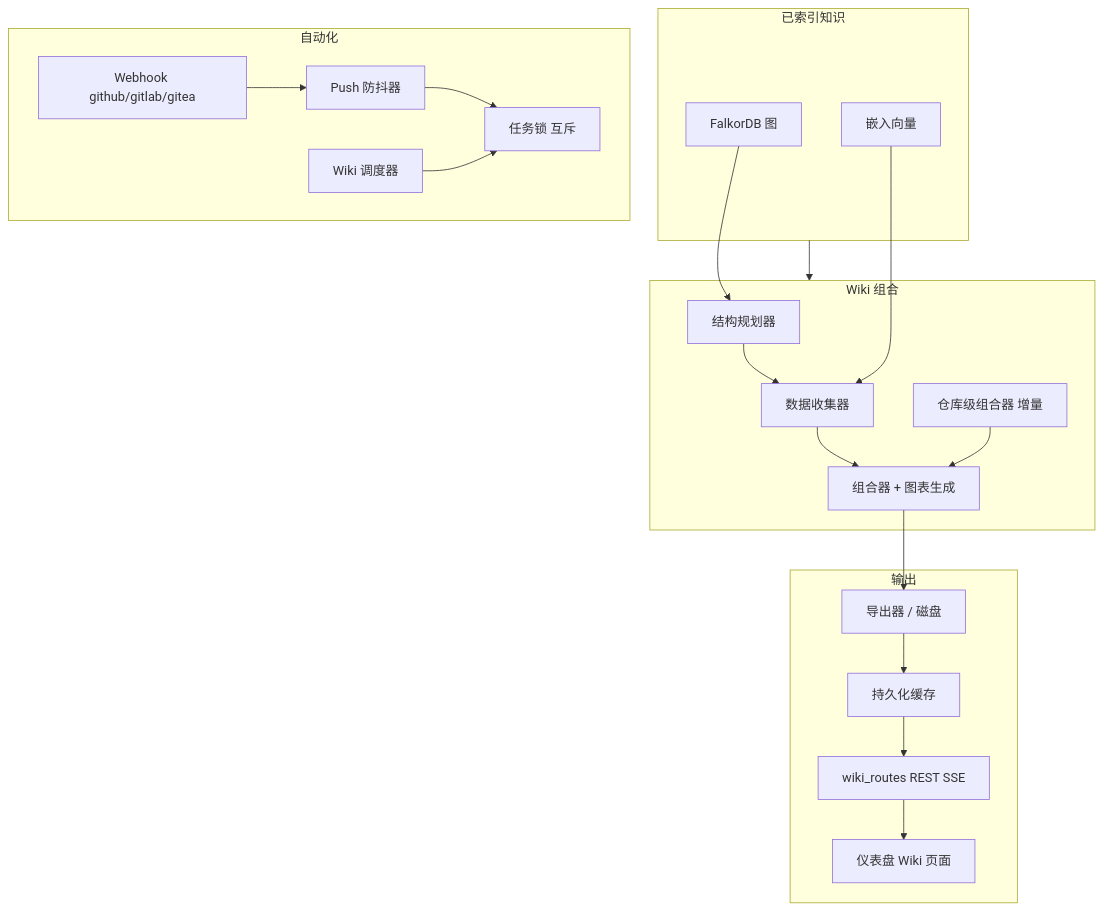
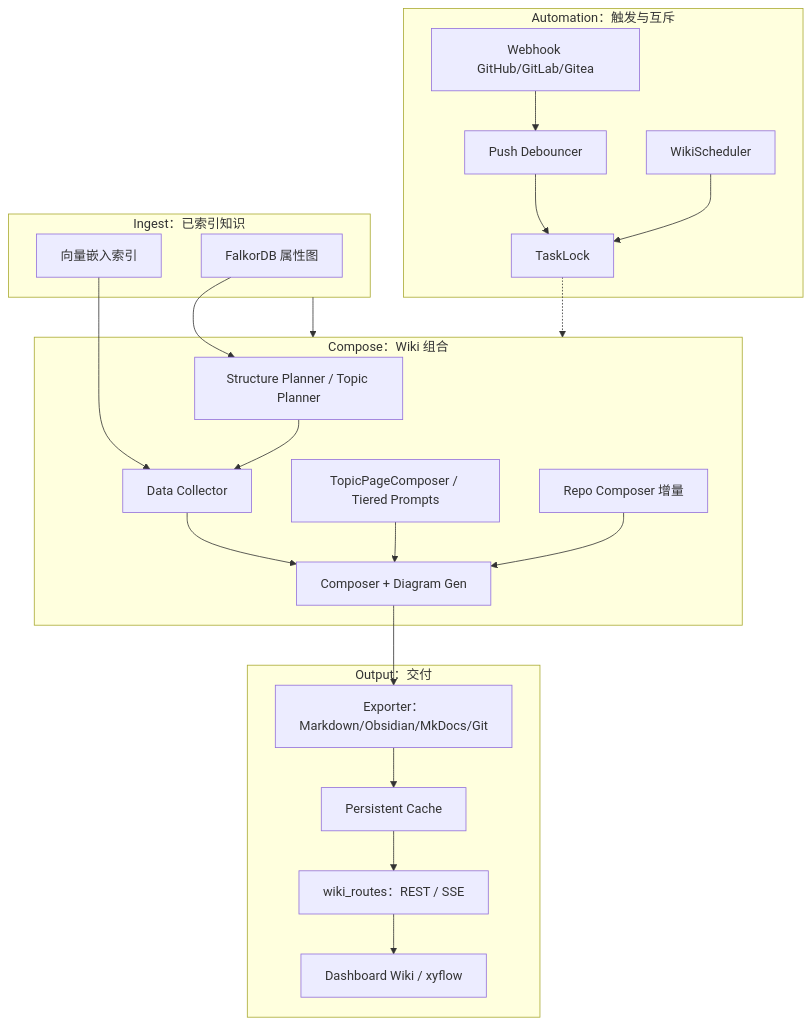
One commit to EarthChen/knowledge-base-service changed the first of 3 diagrams in docs/wiki-generation-architecture.md. Above: the diagram before and after it, drawn with Mermaid. The commit also changed other lines of this file and 12 other files, not shown here.

````diff
--- a/docs/wiki-generation-architecture.md
+++ b/docs/wiki-generation-architecture.md
@@ -14,36 +39,42 @@
 ```mermaid
 flowchart TB
-  subgraph ingest [已索引知识]
-    G[FalkorDB 图]
-    V[嵌入向量]
+  subgraph ingest [Ingest：已索引知识]
+    G[FalkorDB 属性图]
+    V[向量嵌入索引]
   end
 
-  subgraph compose [Wiki 组合]
-    SP[结构规划器]
-    DC[数据收集器]
-    WC[组合器 + 图表生成]
-    RC[仓库级组合器 增量]
+  subgraph compose [Compose：Wiki 组合]
+    SP[Structure Planner / Topic Planner]
+    DC[Data Collector]
+    WC[Composer + Diagram Gen]
+    TP[TopicPageComposer / Tiered Prompts]
+    RC[Repo Composer 增量]
   end
 
-  subgraph automate [自动化]
-    WH[Webhook github/gitlab/gitea]
-    PD[Push 防抖器]
-    WS[Wiki 调度器]
-    TL[任务锁 互斥]
+  subgraph automate [Automation：触发与互斥]
+    WH[Webhook GitHub/GitLab/Gitea]
+    PD[Push Debouncer]
+    WS[WikiScheduler]
+    TL[TaskLock]
   end
 
-  subgraph out [输出]
-    EX[导出器 / 磁盘]
-    CACHE[持久化缓存]
-    API[wiki_routes REST SSE]
-    UI[仪表盘 Wiki 页面]
+  subgraph out [Output：交付]
+    EX[Exporter：Markdown/Obsidian/MkDocs/Git]
+    CACHE[Persistent Cache]
+    API[wiki_routes：REST / SSE]
+    UI[Dashboard Wiki / xyflow]
   end
 
-  G --> SP --> DC --> WC --> EX
+  G --> SP
+  V --> DC
+  SP --> DC --> WC
+  TP --> WC
   RC --> WC
-  V --> DC
   ingest --> compose
+  WC --> EX
   EX --> CACHE --> API --> UI
+
   WH --> PD --> TL
   WS --> TL
+  TL -.-> compose
 ```
````
